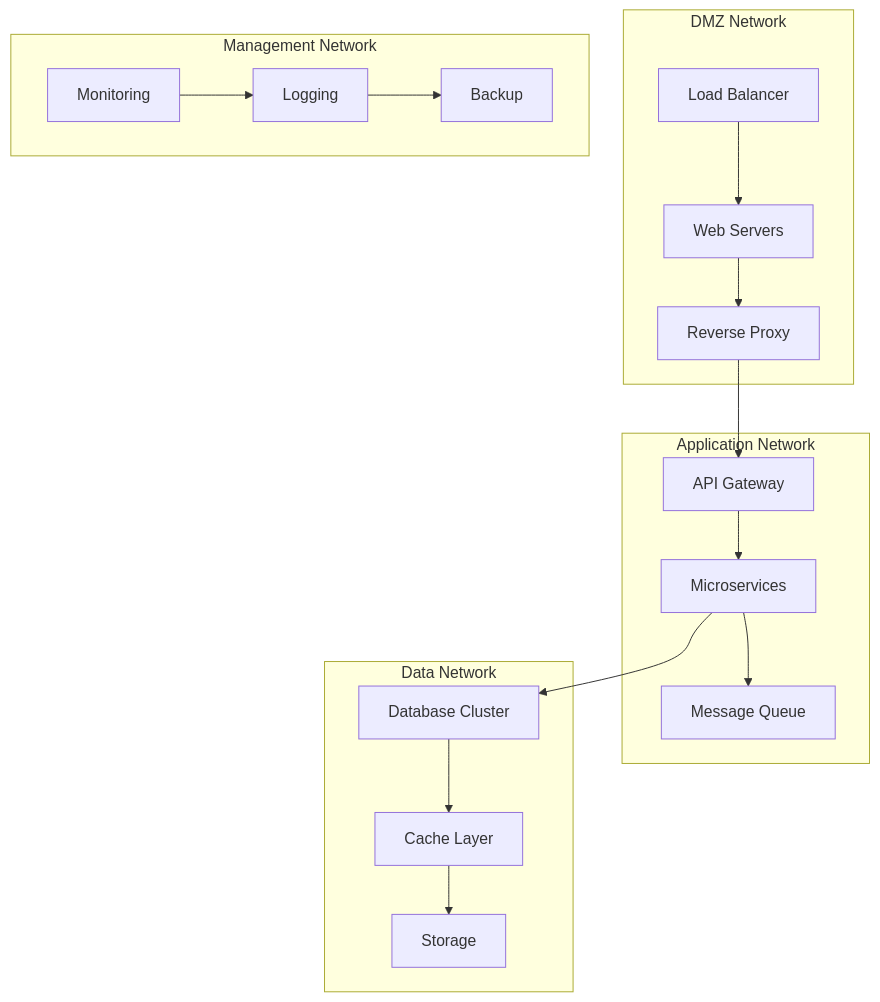
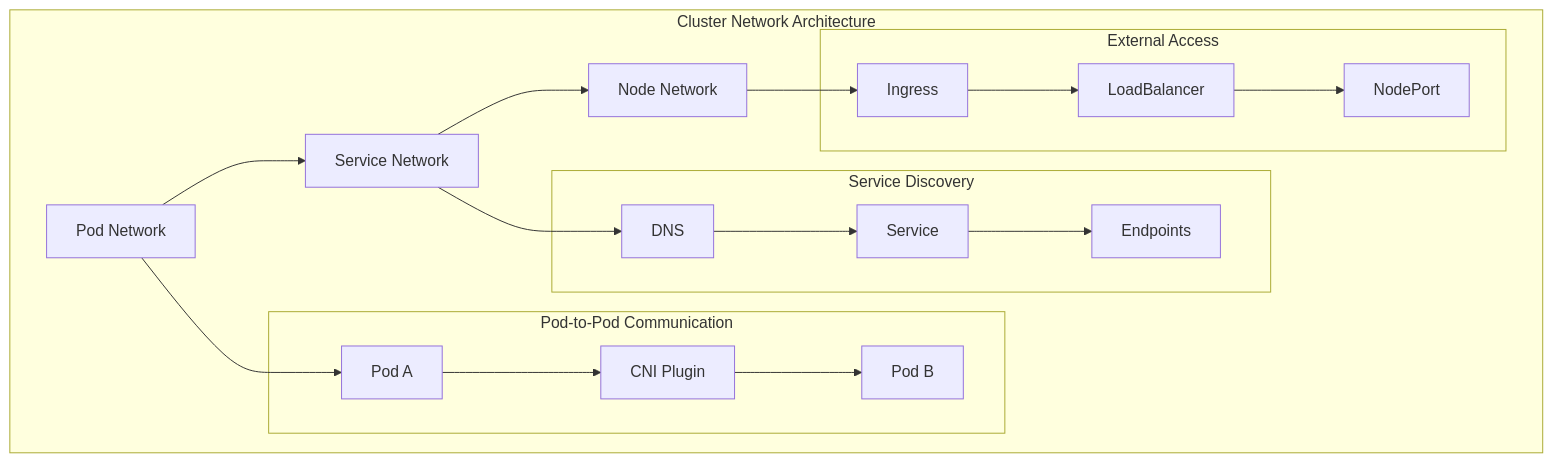
Before and after one commit to niceguy61/kdt_devops_lecture_2025: the first of 2 diagrams in week_02/day_03/session_04.md, drawn with Mermaid. The commit also changed other lines of this file and 41 other files, not shown here.

````diff
--- a/week_02/day_03/session_04.md
+++ b/week_02/day_03/session_04.md
@@ -15,24 +15,26 @@
 ```mermaid
 graph TB
-    subgraph "DMZ Network"
-        A[Load Balancer] --> B[Web Servers]
-        B --> C[Reverse Proxy]
+    subgraph "Cluster Network Architecture"
+        A[Pod Network] --> B[Service Network]
+        B --> C[Node Network]
+        
+        subgraph "Pod-to-Pod Communication"
+            D[Pod A] --> E[CNI Plugin]
+            E --> F[Pod B]
+        end
+        
+        subgraph "Service Discovery"
+            G[DNS] --> H[Service]
+            H --> I[Endpoints]
+        end
+        
+        subgraph "External Access"
+            J[Ingress] --> K[LoadBalancer]
+            K --> L[NodePort]
+        end
     end
     
-    subgraph "Application Network"
-        C --> D[API Gateway]
-        D --> E[Microservices]
-        E --> F[Message Queue]
-    end
-    
-    subgraph "Data Network"
-        E --> G[Database Cluster]
-        G --> H[Cache Layer]
-        H --> I[Storage]
-    end
-    
-    subgraph "Management Network"
-        J[Monitoring] --> K[Logging]
-        K --> L[Backup]
-    end
+    A --> D
+    B --> G
+    C --> J
 ```
````
